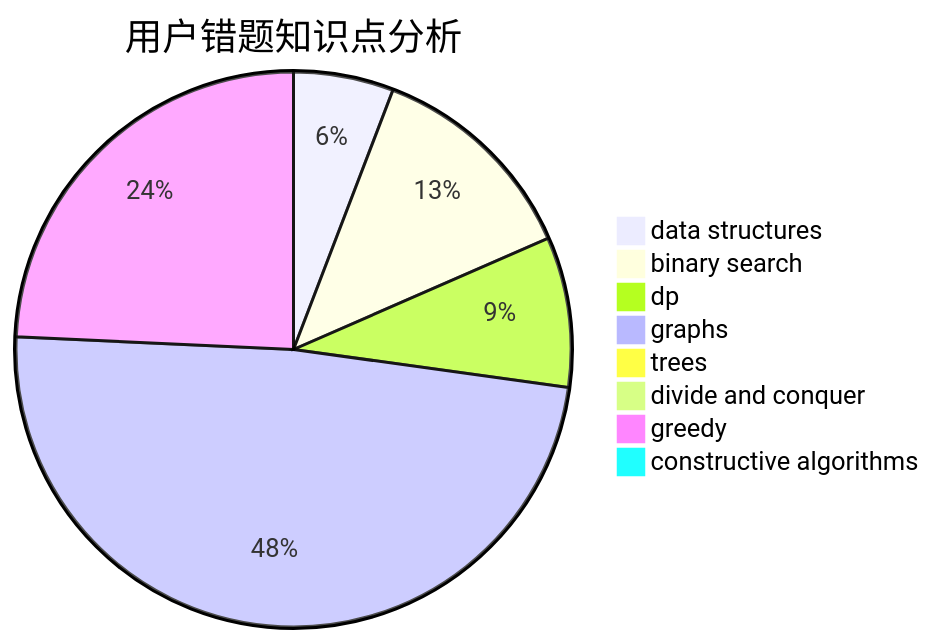
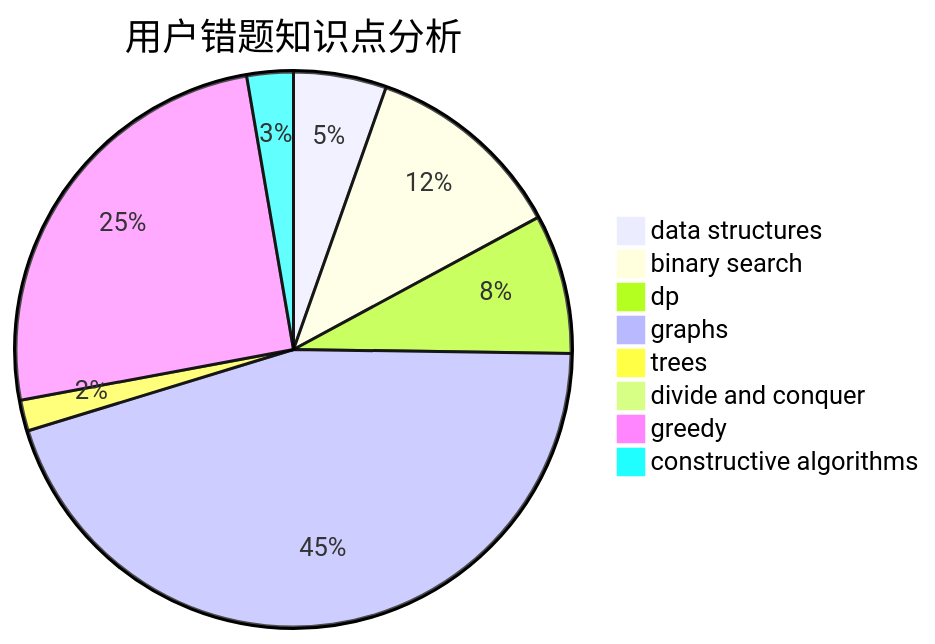
Before and after one commit to sherpahu/cfrs.github.io: the third of 3 diagrams in docs/user/u1474.md, drawn with Mermaid. The commit also changed other lines of this file and 2770 other files, not shown here.

````diff
--- a/docs/user/u1474.md
+++ b/docs/user/u1474.md
@@ -36,11 +36,11 @@
 ```mermaid
 pie title 用户错题知识点分析
     "data structures" :  6
     "binary search" :  13
     "dp" :  9
     "graphs" :  50
-    "trees" :  1
+    "trees" :  2
     "divide and conquer" :  0
-    "greedy" :  25
-    "constructive algorithms" :  0
+    "greedy" :  28
+    "constructive algorithms" :  3
 ```
````
